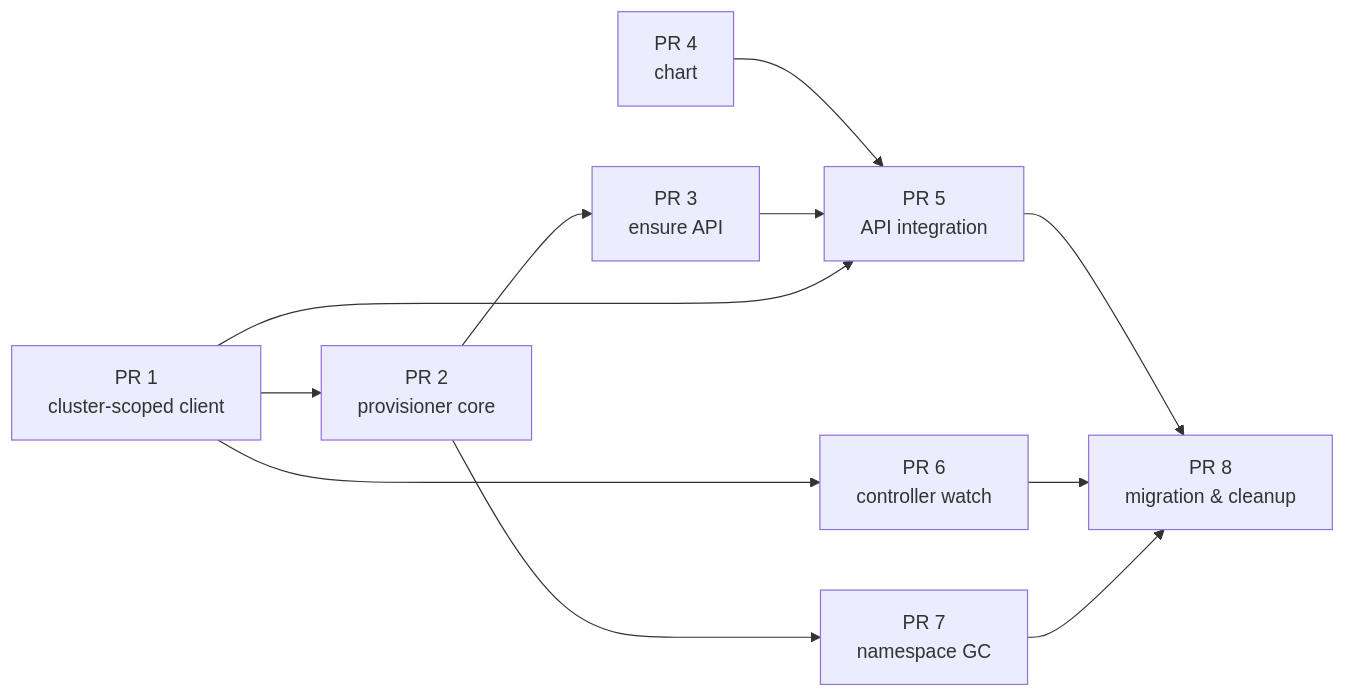
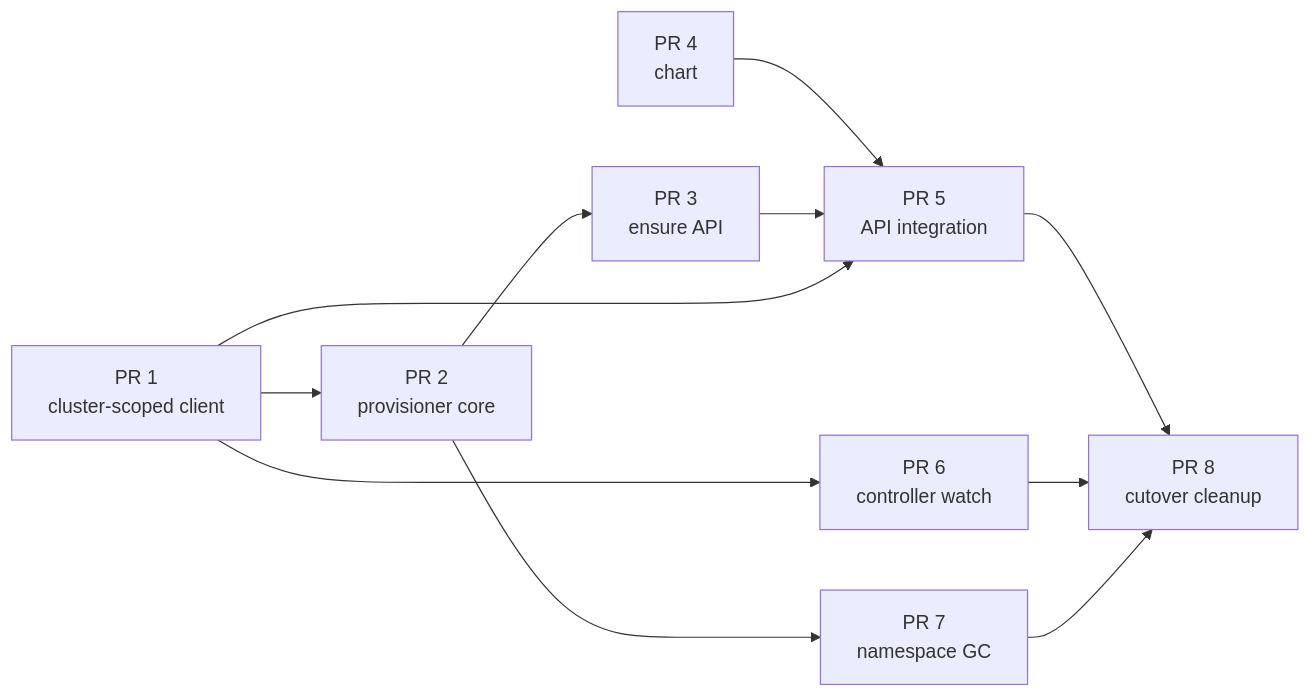
One commit to black-cloudlet/serverless changed the diagram in docs/proposals/namespace-per-group-steps.md. Above: the diagram before and after it, drawn with Mermaid. The commit also changed other lines of this file and 1 other file, not shown here.

First line of the commit message:
Drop the migration path: hard cutover, no flag, no fallback reads

````diff
--- a/docs/proposals/namespace-per-group-steps.md
+++ b/docs/proposals/namespace-per-group-steps.md
@@ -16,13 +18,13 @@
 ```mermaid
 flowchart LR
     PR1["PR 1<br/>cluster-scoped client"] --> PR2["PR 2<br/>provisioner core"]
     PR1 --> PR6["PR 6<br/>controller watch"]
     PR2 --> PR3["PR 3<br/>ensure API"]
     PR4["PR 4<br/>chart"] --> PR5["PR 5<br/>API integration"]
     PR3 --> PR5
     PR1 --> PR5
     PR2 --> PR7["PR 7<br/>namespace GC"]
-    PR5 --> PR8["PR 8<br/>migration & cleanup"]
+    PR5 --> PR8["PR 8<br/>cutover cleanup"]
     PR6 --> PR8
     PR7 --> PR8
 ```
````
